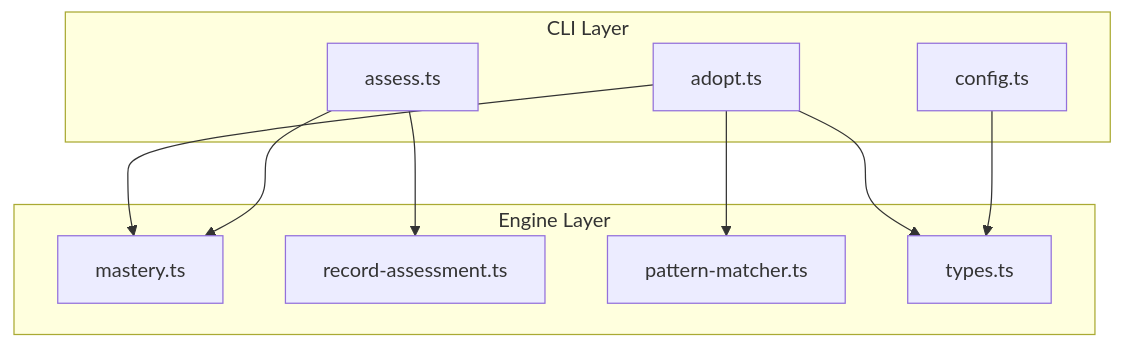
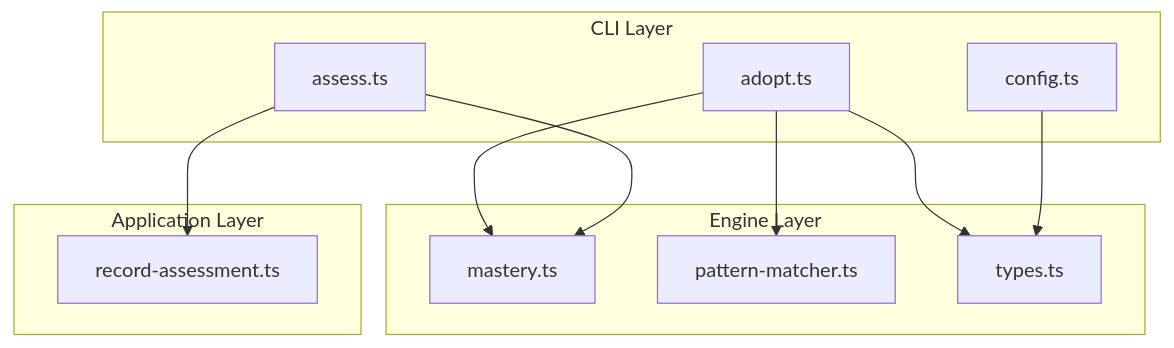
The first of 6 diagrams in Command Reference/Content Management Commands.md (Kuldeep2822k/palee-architecture), drawn with Mermaid before and after one commit. The commit also changed other lines of this file and 5 other files, not shown here.

````diff
--- a/Command Reference/Content Management Commands.md
+++ b/Command Reference/Content Management Commands.md
@@ -38,22 +38,25 @@
 ```mermaid
 graph TB
     subgraph "CLI Layer"
         A["adopt.ts"]
         B["assess.ts"]
         C["config.ts"]
     end
 
     subgraph "Engine Layer"
         M["mastery.ts"]
-        R["record-assessment.ts"]
         P["pattern-matcher.ts"]
         T["types.ts"]
+    end
+
+    subgraph "Application Layer"
+        R["record-assessment.ts"]
     end
 
     A --> M
     A --> P
     A --> T
     B --> M
     B --> R
     C --> T
 ```
````
